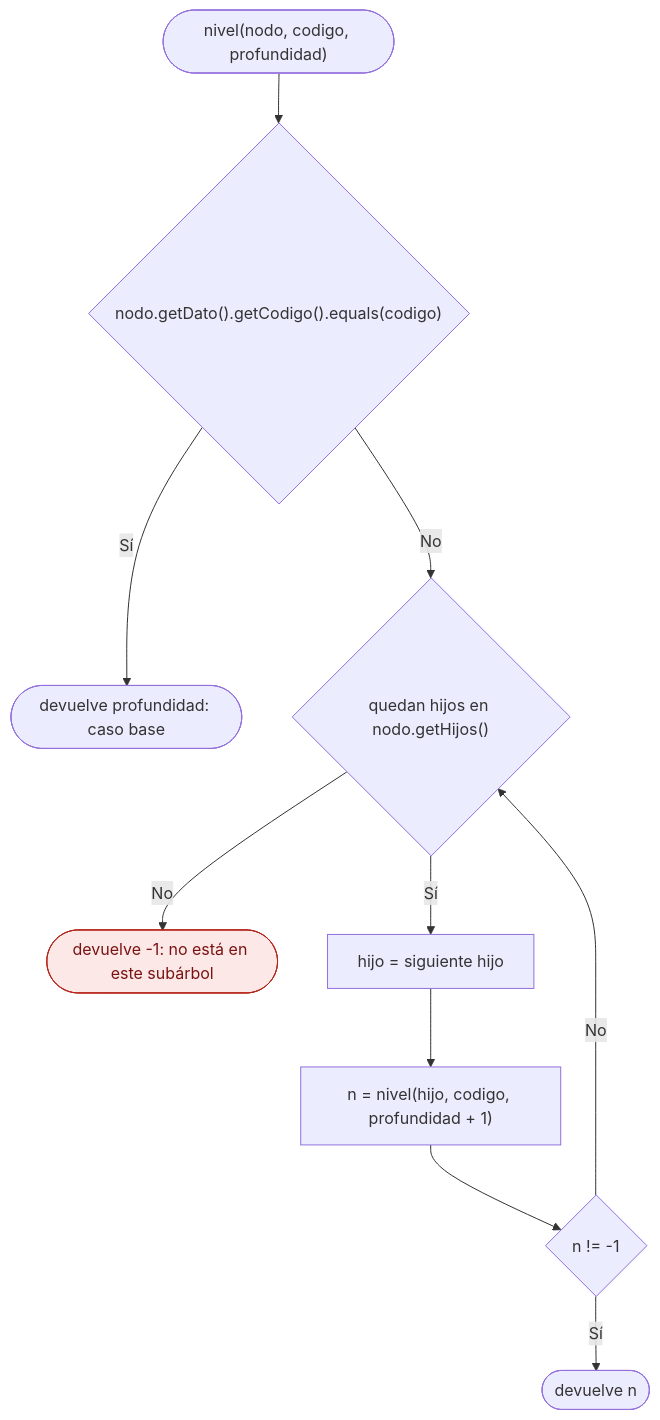
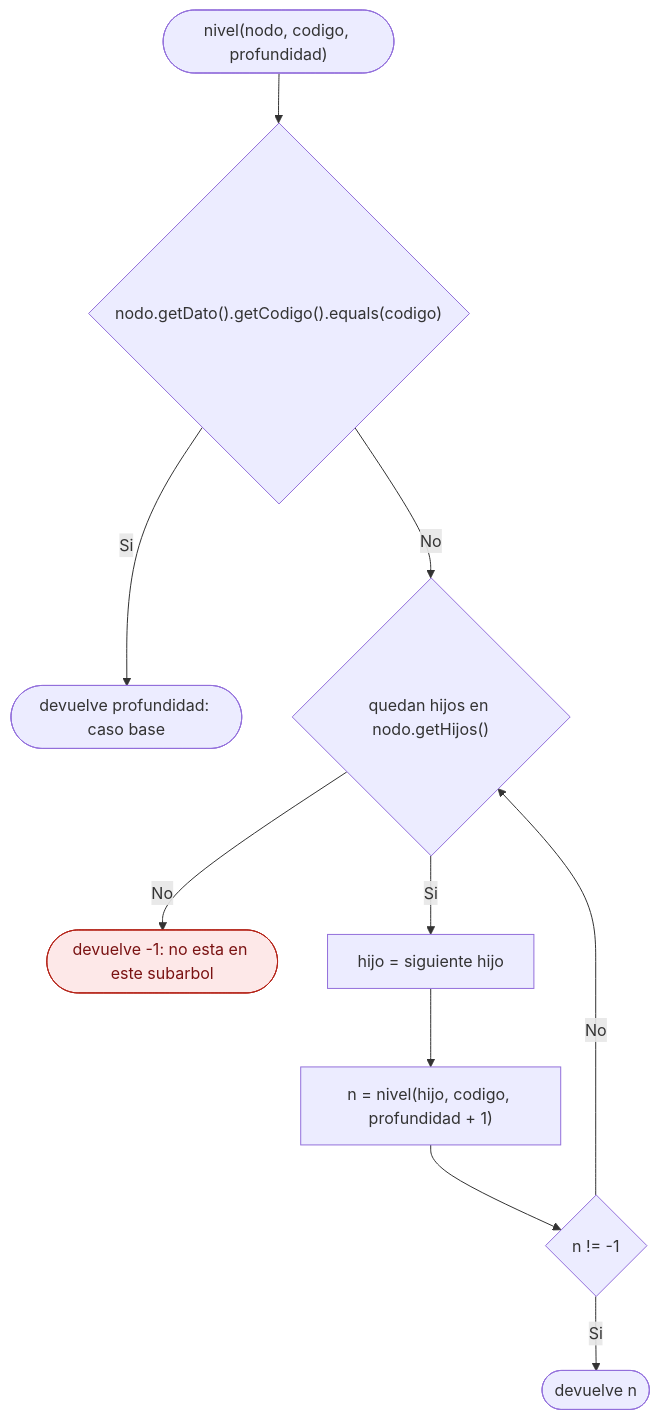
Before and after one commit to Damienq7w/APE3-Arboles-Integrado: the third of 3 diagrams in docs/diagramas-flujo/flujo_grado_nivel.md, drawn with Mermaid. The commit also changed other lines of this file and 1 other file, not shown here.

````diff
--- a/docs/diagramas-flujo/flujo_grado_nivel.md
+++ b/docs/diagramas-flujo/flujo_grado_nivel.md
@@ -70,14 +70,14 @@
 ```mermaid
 flowchart TD
     classDef fallo fill:#fde8e8,stroke:#b42318,color:#7a1212
     A(["nivel(nodo, codigo, profundidad)"]) --> B{"nodo.getDato().getCodigo().equals(codigo)"}
-    B -- Sí --> C(["devuelve profundidad: caso base"])
+    B -- Si --> C(["devuelve profundidad: caso base"])
     B -- No --> D{"quedan hijos en nodo.getHijos()"}
-    D -- No --> X(["devuelve -1: no está en este subárbol"])
-    D -- Sí --> F["hijo = siguiente hijo"]
+    D -- No --> X(["devuelve -1: no esta en este subarbol"])
+    D -- Si --> F["hijo = siguiente hijo"]
     F --> G["n = nivel(hijo, codigo, profundidad + 1)"]
     G --> H{"n != -1"}
-    H -- Sí --> I(["devuelve n"])
+    H -- Si --> I(["devuelve n"])
     H -- No --> D
     class X fallo
 ```
````
